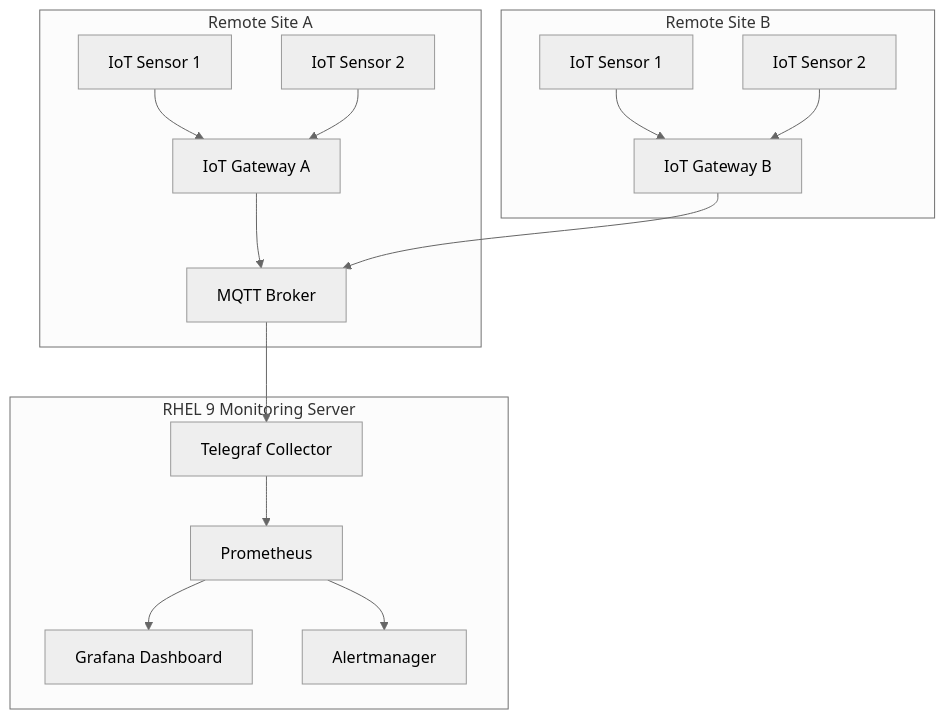
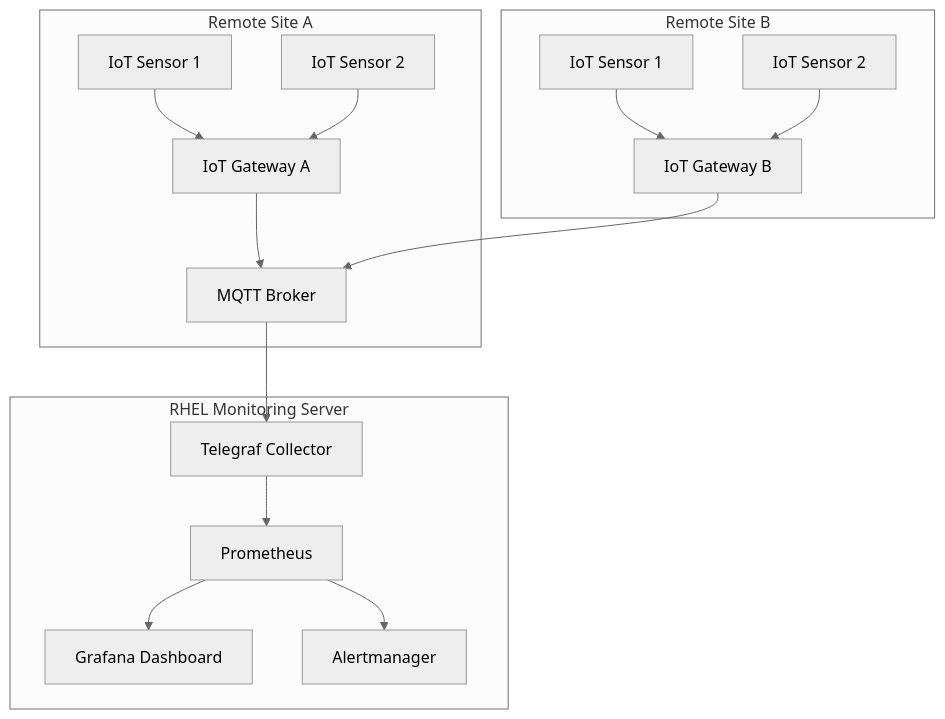
The diagram in posts/2026-03-04-set-up-rhel-9-remote-monitoring-distributed-iot-networks/README.md (OneUptime/blog), drawn with Mermaid (neutral theme) before and after one commit. The commit also changed other lines of this file and 4866 other files, not shown here.

````diff
--- a/posts/2026-03-04-set-up-rhel-9-remote-monitoring-distributed-iot-networks/README.md
+++ b/posts/2026-03-04-set-up-rhel-9-remote-monitoring-distributed-iot-networks/README.md
@@ -15,19 +15,19 @@
 ```mermaid
 graph TB
     subgraph "Remote Site A"
         IoTA1[IoT Sensor 1] --> GWA[IoT Gateway A]
         IoTA2[IoT Sensor 2] --> GWA
         GWA --> MQTT[MQTT Broker]
     end
     subgraph "Remote Site B"
         IoTB1[IoT Sensor 1] --> GWB[IoT Gateway B]
         IoTB2[IoT Sensor 2] --> GWB
         GWB --> MQTT
     end
-    subgraph "RHEL 9 Monitoring Server"
+    subgraph "RHEL Monitoring Server"
         MQTT --> Telegraph[Telegraf Collector]
         Telegraph --> Prometheus[Prometheus]
         Prometheus --> Grafana[Grafana Dashboard]
         Prometheus --> AlertMgr[Alertmanager]
     end
 ```
````
